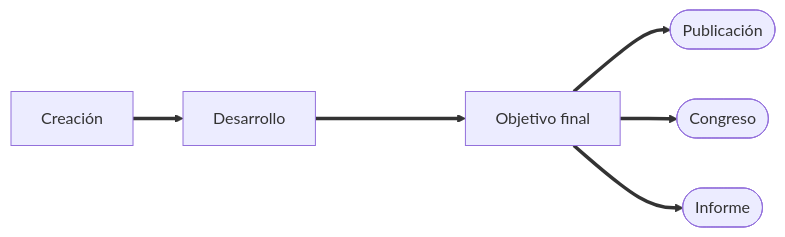
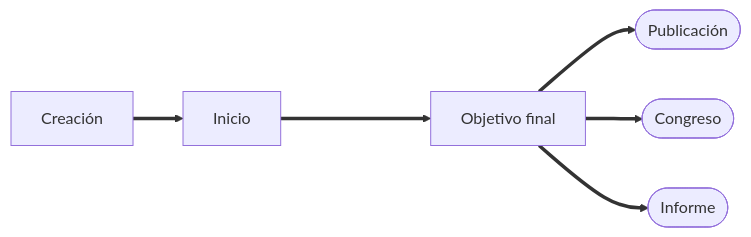
Before and after one commit to vhgauto/seminario2-gulich: the first of 3 diagrams in slides3.qmd, drawn with Mermaid. The commit also changed other lines of this file and 1 other file, not shown here.

````diff
--- a/slides3.qmd
+++ b/slides3.qmd
@@ -233,18 +233,18 @@
 ```{mermaid}
 
 %%{
   init: {
     'themeVariables': {
       'edgeLabelBackground': '#224289'
     }
   }
 }%%
 
 flowchart LR
-    a1[Creación] ==> a2[Desarrollo]
+    a1[Creación] ==> a2[Inicio]
     a2 ====> |<span class='eos-icons--hourglass'></span>| a3[Objetivo final]
 
     a3 ==> a4([Publicación])
     a3 ==> a5([Congreso])
     a3 ==> a6([Informe])
 ```
````
